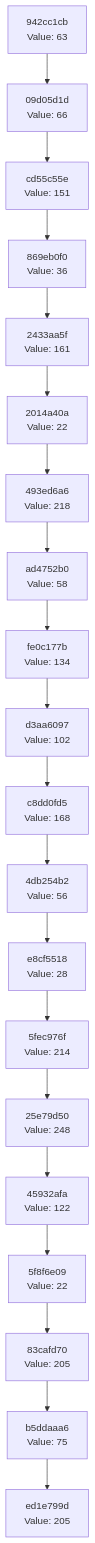
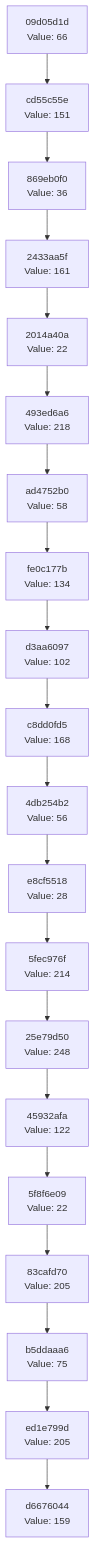
Before and after one commit to Abhisheksinha1506/hash-chain-evolver: the diagram in docs/CHAIN_VISUALIZATION.md, drawn with Mermaid. The commit also changed 1 other file, not shown here.

Commit message:
Evolution step: hash 0x9F → action executed

````diff
--- a/docs/CHAIN_VISUALIZATION.md
+++ b/docs/CHAIN_VISUALIZATION.md
@@ -3,42 +3,42 @@
 ```mermaid
 graph TD
-    C0["ed1e799d<br/>Value: 205"]
-    C1["b5ddaaa6<br/>Value: 75"]
+    C0["d6676044<br/>Value: 159"]
+    C1["ed1e799d<br/>Value: 205"]
     C1 --> C0
-    C2["83cafd70<br/>Value: 205"]
+    C2["b5ddaaa6<br/>Value: 75"]
     C2 --> C1
-    C3["5f8f6e09<br/>Value: 22"]
+    C3["83cafd70<br/>Value: 205"]
     C3 --> C2
-    C4["45932afa<br/>Value: 122"]
+    C4["5f8f6e09<br/>Value: 22"]
     C4 --> C3
-    C5["25e79d50<br/>Value: 248"]
+    C5["45932afa<br/>Value: 122"]
     C5 --> C4
-    C6["5fec976f<br/>Value: 214"]
+    C6["25e79d50<br/>Value: 248"]
     C6 --> C5
-    C7["e8cf5518<br/>Value: 28"]
+    C7["5fec976f<br/>Value: 214"]
     C7 --> C6
-    C8["4db254b2<br/>Value: 56"]
+    C8["e8cf5518<br/>Value: 28"]
     C8 --> C7
-    C9["c8dd0fd5<br/>Value: 168"]
+    C9["4db254b2<br/>Value: 56"]
     C9 --> C8
-    C10["d3aa6097<br/>Value: 102"]
+    C10["c8dd0fd5<br/>Value: 168"]
     C10 --> C9
-    C11["fe0c177b<br/>Value: 134"]
+    C11["d3aa6097<br/>Value: 102"]
     C11 --> C10
-    C12["ad4752b0<br/>Value: 58"]
+    C12["fe0c177b<br/>Value: 134"]
     C12 --> C11
-    C13["493ed6a6<br/>Value: 218"]
+    C13["ad4752b0<br/>Value: 58"]
     C13 --> C12
-    C14["2014a40a<br/>Value: 22"]
+    C14["493ed6a6<br/>Value: 218"]
     C14 --> C13
-    C15["2433aa5f<br/>Value: 161"]
+    C15["2014a40a<br/>Value: 22"]
     C15 --> C14
-    C16["869eb0f0<br/>Value: 36"]
+    C16["2433aa5f<br/>Value: 161"]
     C16 --> C15
-    C17["cd55c55e<br/>Value: 151"]
+    C17["869eb0f0<br/>Value: 36"]
     C17 --> C16
-    C18["09d05d1d<br/>Value: 66"]
+    C18["cd55c55e<br/>Value: 151"]
     C18 --> C17
-    C19["942cc1cb<br/>Value: 63"]
+    C19["09d05d1d<br/>Value: 66"]
     C19 --> C18
 ```
````
